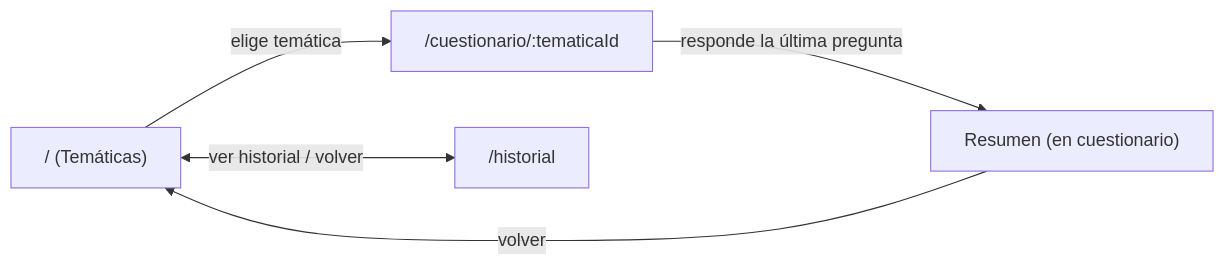
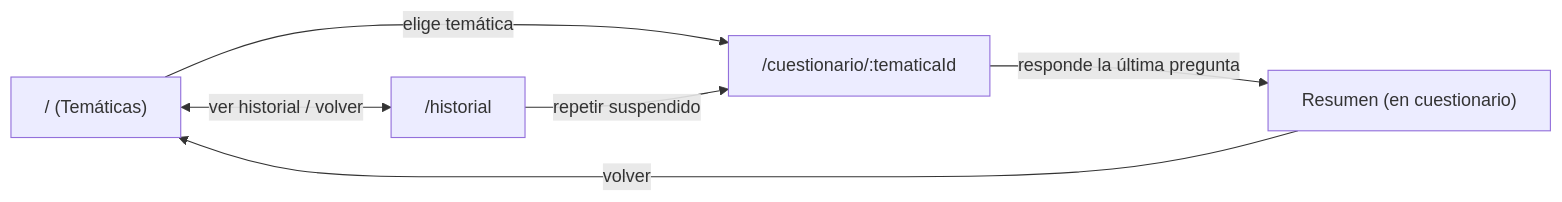
The second of 2 diagrams in README.md (irigoyen161817/g1.1), drawn with Mermaid before and after one commit. The commit also changed other lines of this file, not shown here.

````diff
--- a/README.md
+++ b/README.md
@@ -249,7 +249,8 @@
 ```mermaid
 flowchart LR
   T["/ (Temáticas)"] -->|elige temática| C["/cuestionario/:tematicaId"]
   C -->|responde la última pregunta| R["Resumen (en cuestionario)"]
   R -->|volver| T
   T <-->|ver historial / volver| H["/historial"]
+  H -->|repetir suspendido| C
 ```
````
